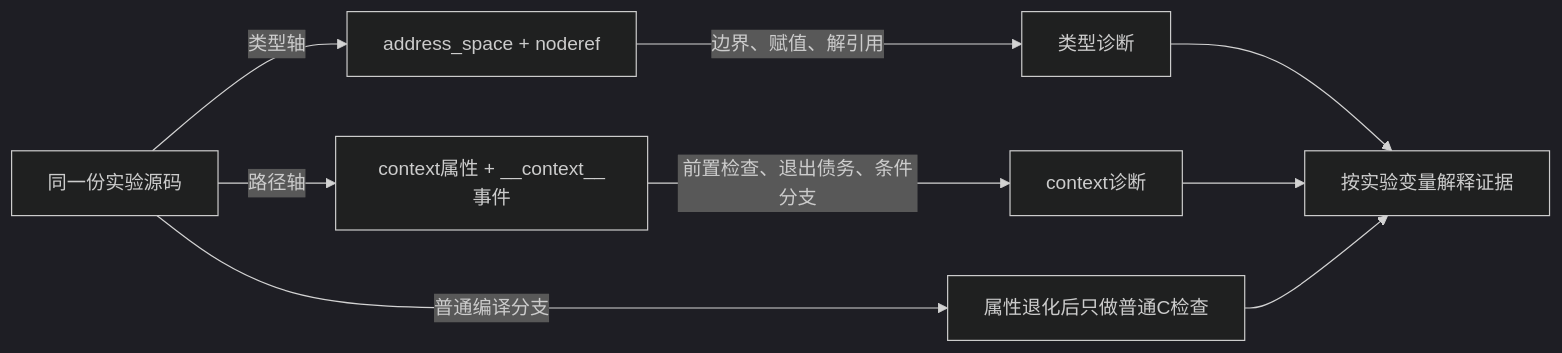
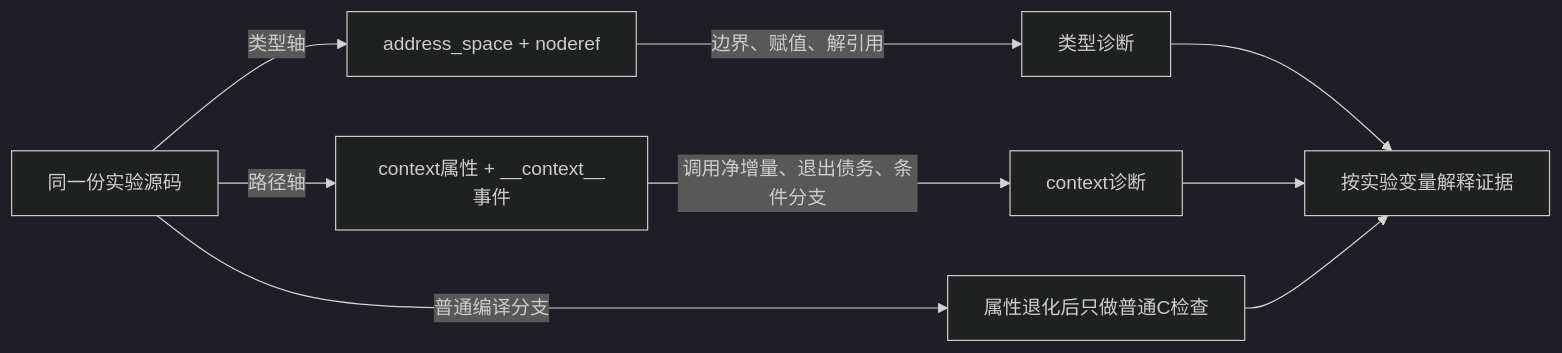
Before and after one commit to FormingSystem/linux_note: the diagram in labs/foundations/c_language/P01_Sparse地址空间与上下文记账/README.md, drawn with Mermaid (dark theme). The commit also changed other lines of this file and 20 other files, not shown here.

````diff
--- a/labs/foundations/c_language/P01_Sparse地址空间与上下文记账/README.md
+++ b/labs/foundations/c_language/P01_Sparse地址空间与上下文记账/README.md
@@ -43,11 +43,11 @@
 ```mermaid
 flowchart LR
     SRC["同一份实验源码"] -->|"类型轴"| TYPE["address_space + noderef"]
     SRC -->|"路径轴"| CTX["context属性 + __context__事件"]
     TYPE -->|"边界、赋值、解引用"| TW["类型诊断"]
-    CTX -->|"前置检查、退出债务、条件分支"| CW["context诊断"]
+    CTX -->|"调用净增量、退出债务、条件分支"| CW["context诊断"]
     SRC -->|"普通编译分支"| GCC["属性退化后只做普通C检查"]
     TW --> EVIDENCE["按实验变量解释证据"]
     CW --> EVIDENCE
     GCC --> EVIDENCE
 ```
````
